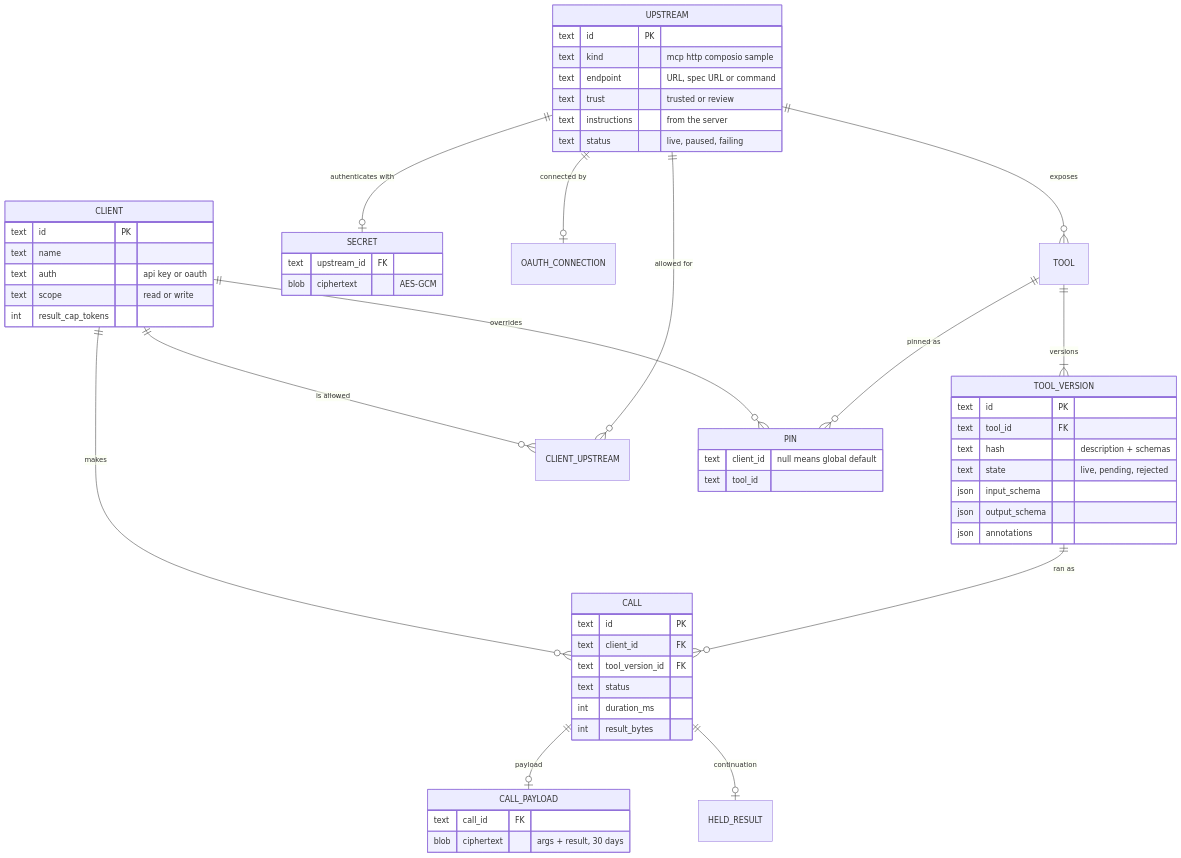
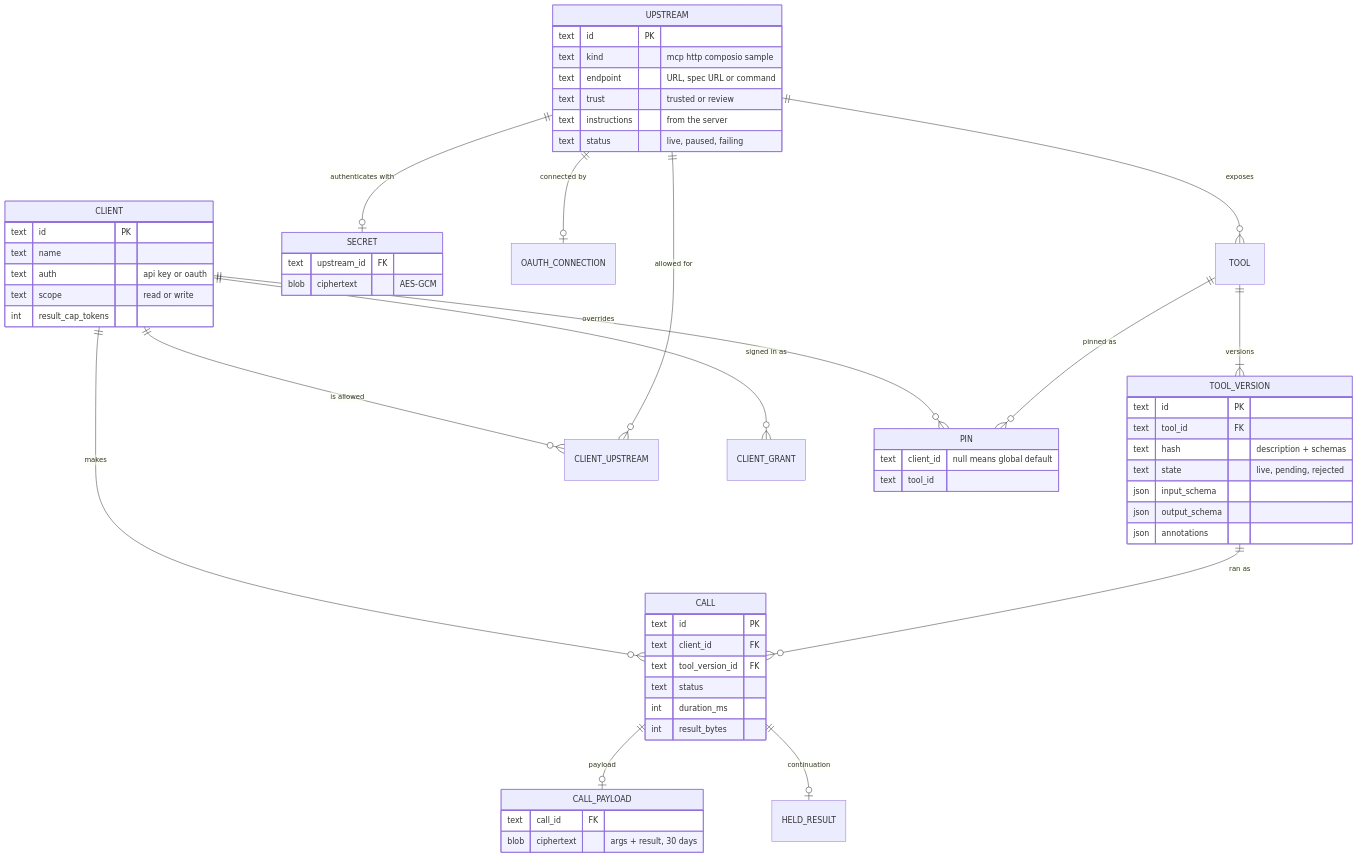
One commit to escalay/yardhand changed the eighth of 8 diagrams in docs/architecture.md. Above: the diagram before and after it, drawn with Mermaid. The commit also changed other lines of this file and 12 other files, not shown here.

````diff
--- a/docs/architecture.md
+++ b/docs/architecture.md
@@ -182,59 +186,60 @@
 ```mermaid
 erDiagram
   UPSTREAM ||--o{ TOOL : exposes
   TOOL ||--|{ TOOL_VERSION : "versions"
   UPSTREAM ||--o| SECRET : "authenticates with"
   UPSTREAM ||--o| OAUTH_CONNECTION : "connected by"
   CLIENT ||--o{ CLIENT_UPSTREAM : "is allowed"
+  CLIENT ||--o{ CLIENT_GRANT : "signed in as"
   UPSTREAM ||--o{ CLIENT_UPSTREAM : "allowed for"
   CLIENT ||--o{ PIN : "overrides"
   TOOL ||--o{ PIN : "pinned as"
   CLIENT ||--o{ CALL : makes
   TOOL_VERSION ||--o{ CALL : "ran as"
   CALL ||--o| CALL_PAYLOAD : "payload"
   CALL ||--o| HELD_RESULT : "continuation"
   UPSTREAM {
     text id PK
     text kind "mcp http composio sample"
     text endpoint "URL, spec URL or command"
     text trust "trusted or review"
     text instructions "from the server"
     text status "live, paused, failing"
   }
   TOOL_VERSION {
     text id PK
     text tool_id FK
     text hash "description + schemas"
     text state "live, pending, rejected"
     json input_schema
     json output_schema
     json annotations
   }
   CLIENT {
     text id PK
     text name
     text auth "api key or oauth"
     text scope "read or write"
     int result_cap_tokens
   }
   PIN {
     text client_id "null means global default"
     text tool_id
   }
   SECRET {
     text upstream_id FK
     blob ciphertext "AES-GCM"
   }
   CALL {
     text id PK
     text client_id FK
     text tool_version_id FK
     text status
     int duration_ms
     int result_bytes
   }
   CALL_PAYLOAD {
     text call_id FK
     blob ciphertext "args + result, 30 days"
   }
 ```
````
